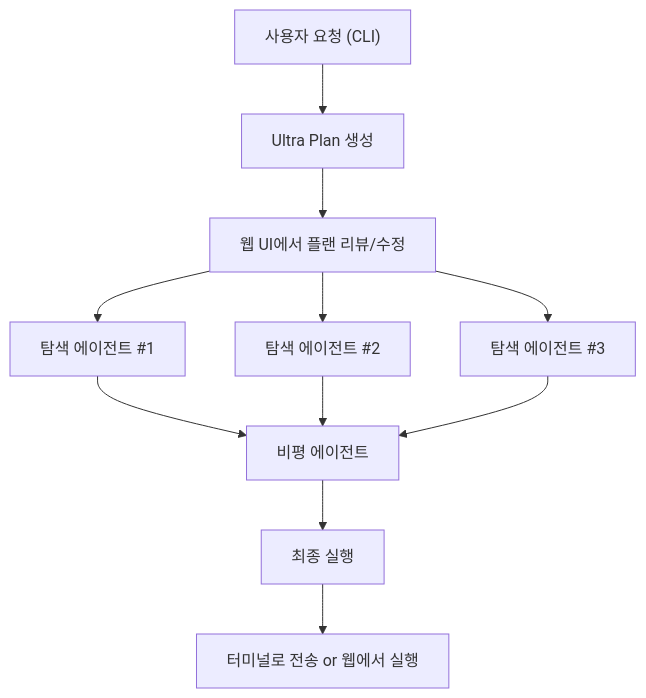
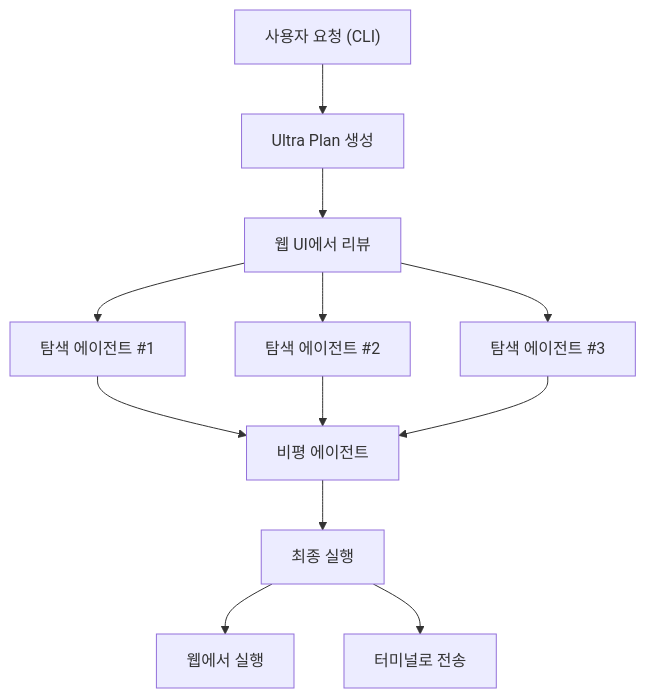
One commit to ice-ice-bear/ice-ice-bear.github.io changed the first of 2 diagrams in content/ko/posts/2026-04-10-claude-ultraplan.md. Above: the diagram before and after it, drawn with Mermaid. The commit also changed other lines of this file, not shown here.

````diff
--- a/content/ko/posts/2026-04-10-claude-ultraplan.md
+++ b/content/ko/posts/2026-04-10-claude-ultraplan.md
@@ -18,13 +22,14 @@
 ```mermaid
 flowchart TD
-    U["사용자 요청 (CLI)"] --> P["Ultra Plan 생성"]
-    P --> W["웹 UI에서 플랜 리뷰/수정"]
-    W --> E1["탐색 에이전트 #1"]
-    W --> E2["탐색 에이전트 #2"]
-    W --> E3["탐색 에이전트 #3"]
-    E1 --> C["비평 에이전트"]
-    E2 --> C
-    E3 --> C
-    C --> R["최종 실행"]
-    R --> T["터미널로 전송 or 웹에서 실행"]
+    U["사용자 요청 (CLI)"] --> UP["Ultra Plan 생성"]
+    UP --> WEB["웹 UI에서 리뷰"]
+    WEB --> E1["탐색 에이전트 #1"]
+    WEB --> E2["탐색 에이전트 #2"]
+    WEB --> E3["탐색 에이전트 #3"]
+    E1 --> CR["비평 에이전트"]
+    E2 --> CR
+    E3 --> CR
+    CR --> EX["최종 실행"]
+    EX --> T1["웹에서 실행"]
+    EX --> T2["터미널로 전송"]
 ```
````
